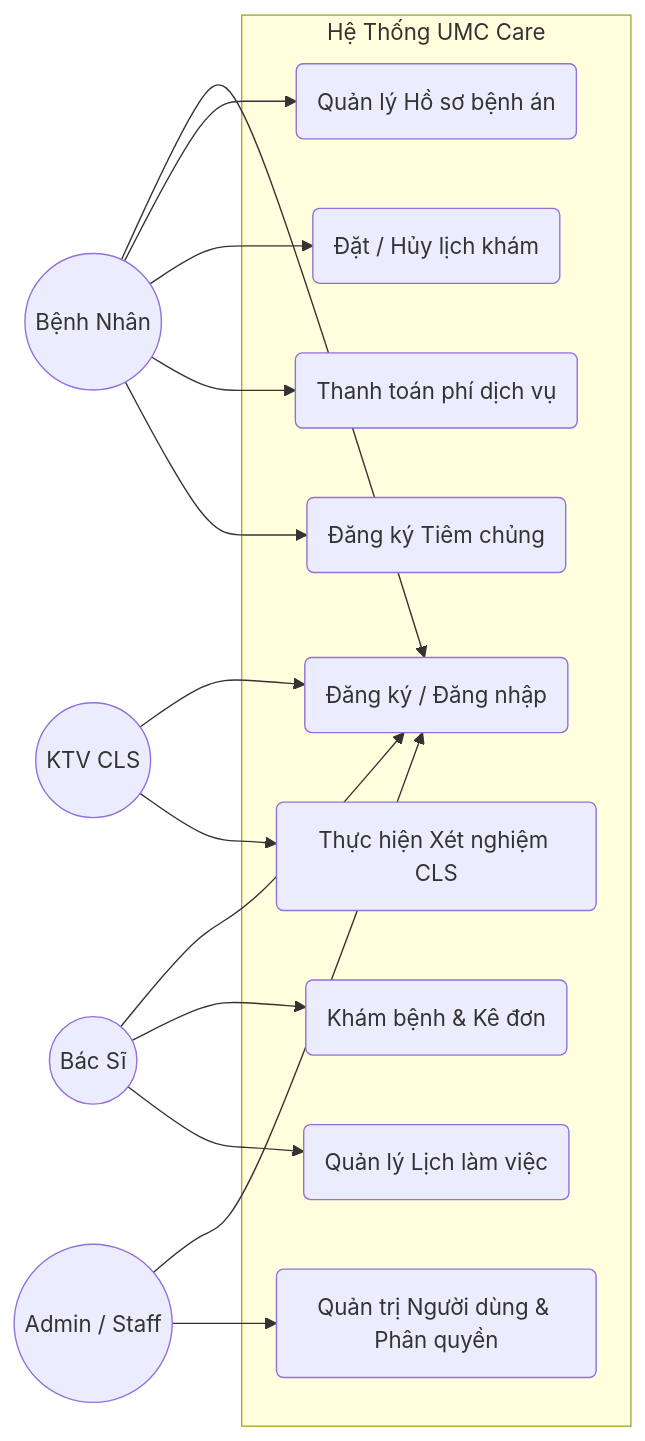
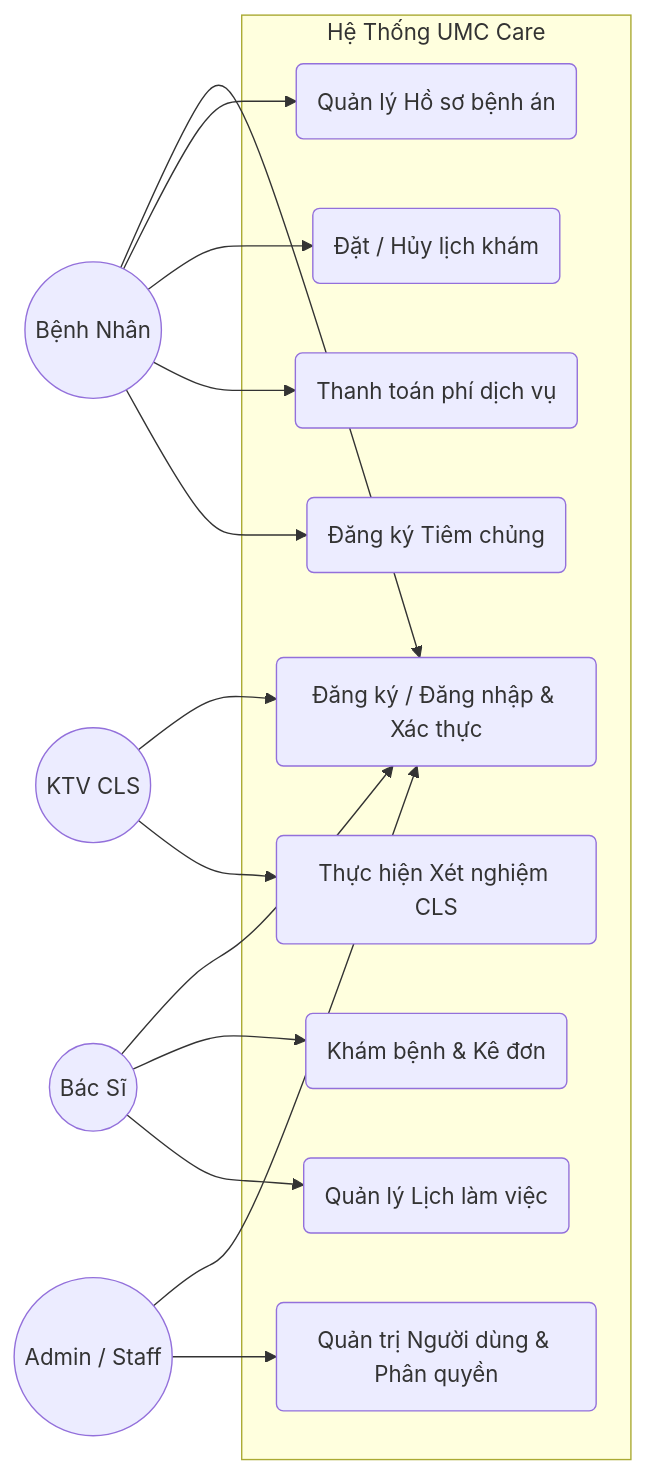
One commit to 2imBenne/markdown1906 changed the first of 10 diagrams in BE_FLOW_DOCUMENTATION.md. Above: the diagram before and after it, drawn with Mermaid. The commit also changed other lines of this file, not shown here.

````diff
--- a/BE_FLOW_DOCUMENTATION.md
+++ b/BE_FLOW_DOCUMENTATION.md
@@ -15,38 +13,38 @@
 ```mermaid
 flowchart LR
     %% Định nghĩa Actors
     User((Bệnh Nhân))
     Doctor((Bác Sĩ))
     Lab((KTV CLS))
     Admin((Admin / Staff))
 
     %% Định nghĩa Use Cases
     subgraph Hệ Thống UMC Care
-        UC1(Đăng ký / Đăng nhập)
+        UC1(Đăng ký / Đăng nhập & Xác thực)
         UC2(Quản lý Hồ sơ bệnh án)
         UC3(Đặt / Hủy lịch khám)
         UC4(Thanh toán phí dịch vụ)
         UC5(Khám bệnh & Kê đơn)
         UC6(Thực hiện Xét nghiệm CLS)
         UC7(Đăng ký Tiêm chủng)
         UC8(Quản lý Lịch làm việc)
         UC9(Quản trị Người dùng & Phân quyền)
     end
 
     %% Ràng buộc
     User --> UC1
     User --> UC2
     User --> UC3
     User --> UC4
     User --> UC7
 
     Doctor --> UC1
     Doctor --> UC5
     Doctor --> UC8
 
     Lab --> UC1
     Lab --> UC6
 
     Admin --> UC1
     Admin --> UC9
 ```
````
